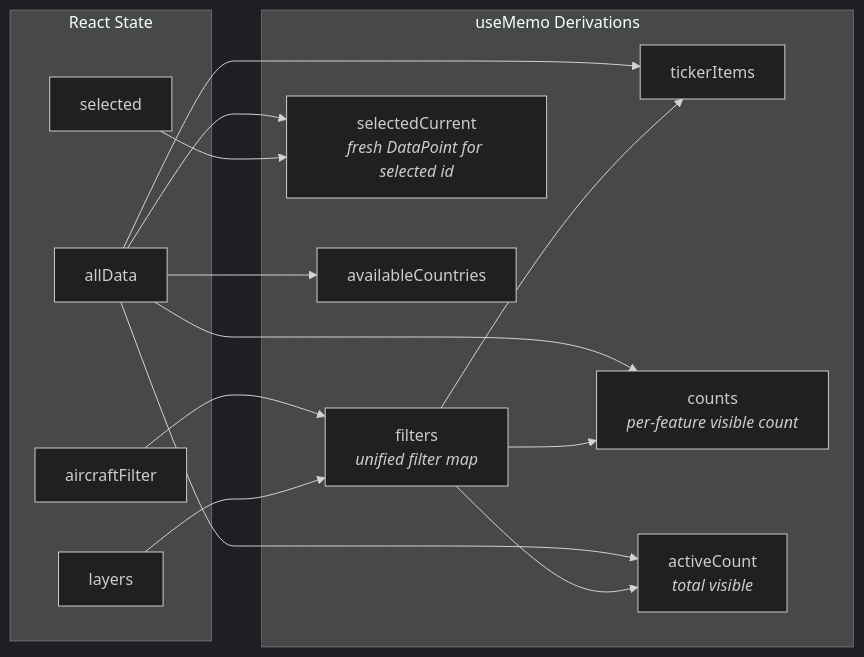
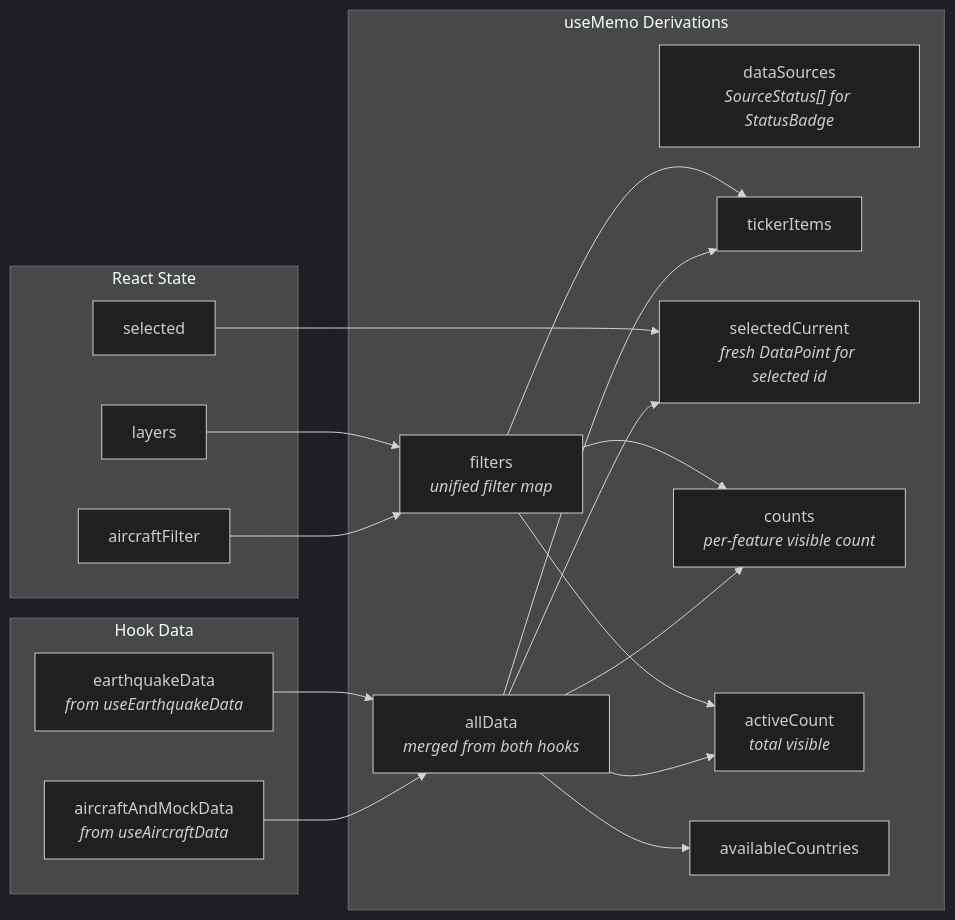
One commit to iiTONELOC/sigint changed diagram 14 of 14 in docs/architecture.md. Above: the diagram before and after it, drawn with Mermaid (dark theme). The commit also changed other lines of this file and 30 other files, not shown here.

First line of the commit message:
feat: live USGS earthquake data, feature domain structure, intel links,

````diff
--- a/docs/architecture.md
+++ b/docs/architecture.md
@@ -748,35 +858,44 @@
 ```mermaid
 flowchart LR
+    subgraph "Hook Data"
+        aircraftAndMockData["aircraftAndMockData<br/><i>from useAircraftData</i>"]
+        earthquakeData["earthquakeData<br/><i>from useEarthquakeData</i>"]
+    end
+
     subgraph "React State"
-        allData["allData"]
         aircraftFilter["aircraftFilter"]
         layers["layers"]
         selected["selected"]
     end
 
     subgraph "useMemo Derivations"
+        allData["allData<br/><i>merged from both hooks</i>"]
+        dataSources["dataSources<br/><i>SourceStatus[] for StatusBadge</i>"]
         filters["filters<br/><i>unified filter map</i>"]
         tickerItems["tickerItems"]
         selectedCurrent["selectedCurrent<br/><i>fresh DataPoint for selected id</i>"]
         counts["counts<br/><i>per-feature visible count</i>"]
         activeCount["activeCount<br/><i>total visible</i>"]
         availableCountries["availableCountries"]
     end
+
+    aircraftAndMockData --> allData
+    earthquakeData --> allData
 
     aircraftFilter --> filters
     layers --> filters
 
     allData --> tickerItems
     filters --> tickerItems
 
     allData --> selectedCurrent
     selected --> selectedCurrent
 
     allData --> counts
     filters --> counts
 
     allData --> activeCount
     filters --> activeCount
 
     allData --> availableCountries
 ```
````
